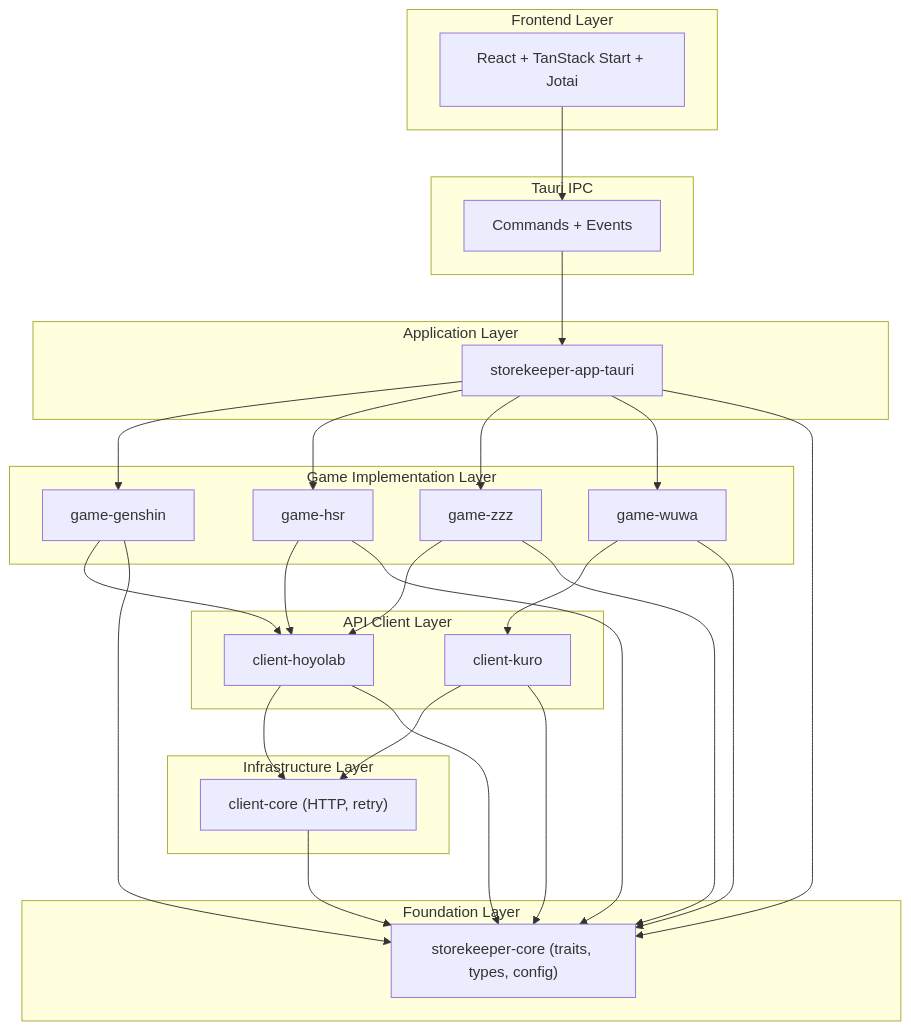
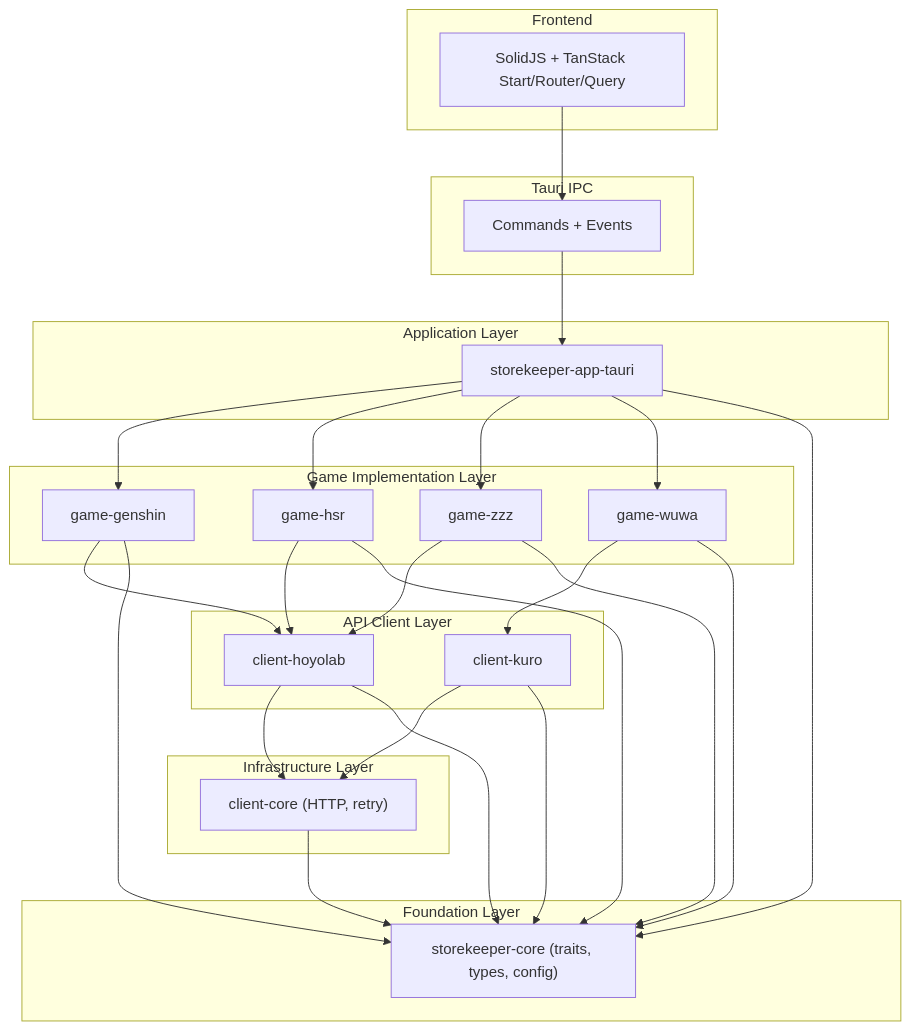
One commit to kvnxiao/storekeeper changed the diagram in docs/architecture/01-overview.md. Above: the diagram before and after it, drawn with Mermaid. The commit also changed other lines of this file and 236 other files, not shown here.

Commit message:
feat(frontend): migrate from React and Jotai to SolidJS (#78)

````diff
--- a/docs/architecture/01-overview.md
+++ b/docs/architecture/01-overview.md
@@ -13,45 +9,45 @@
 ```mermaid
 graph TB
-    subgraph Presentation["Frontend Layer"]
-        FE["React + TanStack Start + Jotai"]
+    subgraph Presentation["Frontend"]
+        FE["SolidJS + TanStack Start/Router/Query"]
     end
 
     subgraph IPC["Tauri IPC"]
         Bridge["Commands + Events"]
     end
 
     subgraph Application["Application Layer"]
         App["storekeeper-app-tauri"]
     end
 
     subgraph Game["Game Implementation Layer"]
         GG["game-genshin"]
         GH["game-hsr"]
         GZ["game-zzz"]
         GW["game-wuwa"]
     end
 
     subgraph Client["API Client Layer"]
         CH["client-hoyolab"]
         CK["client-kuro"]
     end
 
     subgraph Infra["Infrastructure Layer"]
         CC["client-core (HTTP, retry)"]
     end
 
     subgraph Foundation["Foundation Layer"]
         Core["storekeeper-core (traits, types, config)"]
     end
 
     FE --> Bridge
     Bridge --> App
     App --> GG & GH & GZ & GW
     GG & GH & GZ --> CH
     GW --> CK
     CH & CK --> CC
     CC --> Core
     GG & GH & GZ & GW --> Core
     CH & CK --> Core
     App --> Core
 ```
````
